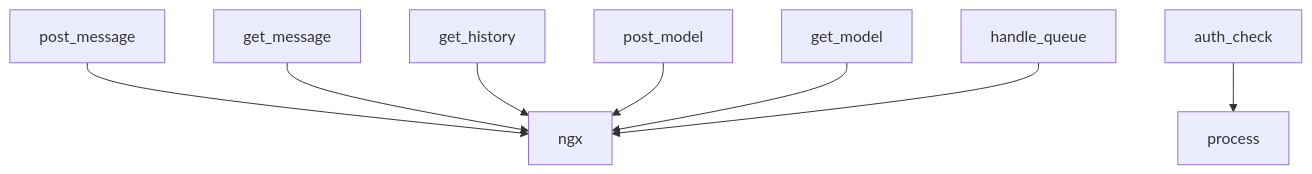
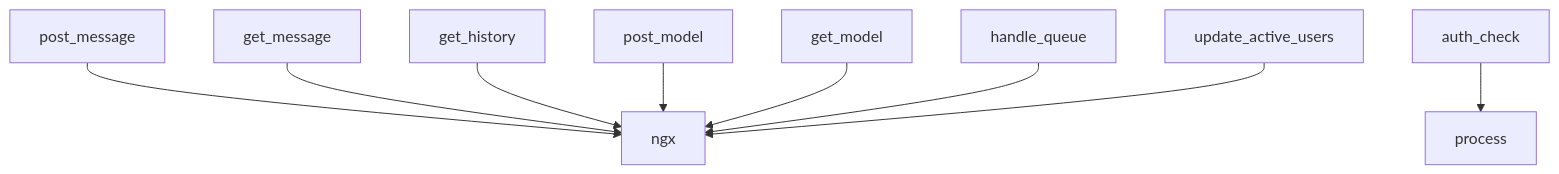
Before and after one commit to DovahkiinYuzuko/ddo-saba: the diagram in docs/variables'n'functions/[JavaScript]broadcast.md, drawn with Mermaid. The commit also changed other lines of this file, not shown here.

````diff
--- a/docs/variables'n'functions/[JavaScript]broadcast.md
+++ b/docs/variables'n'functions/[JavaScript]broadcast.md
@@ -92,10 +92,11 @@
 ```mermaid
 graph TD
     post_message --> ngx
     get_message --> ngx
     get_history --> ngx
     post_model --> ngx
     get_model --> ngx
     handle_queue --> ngx
+    update_active_users --> ngx
     auth_check --> process
 ```
````
